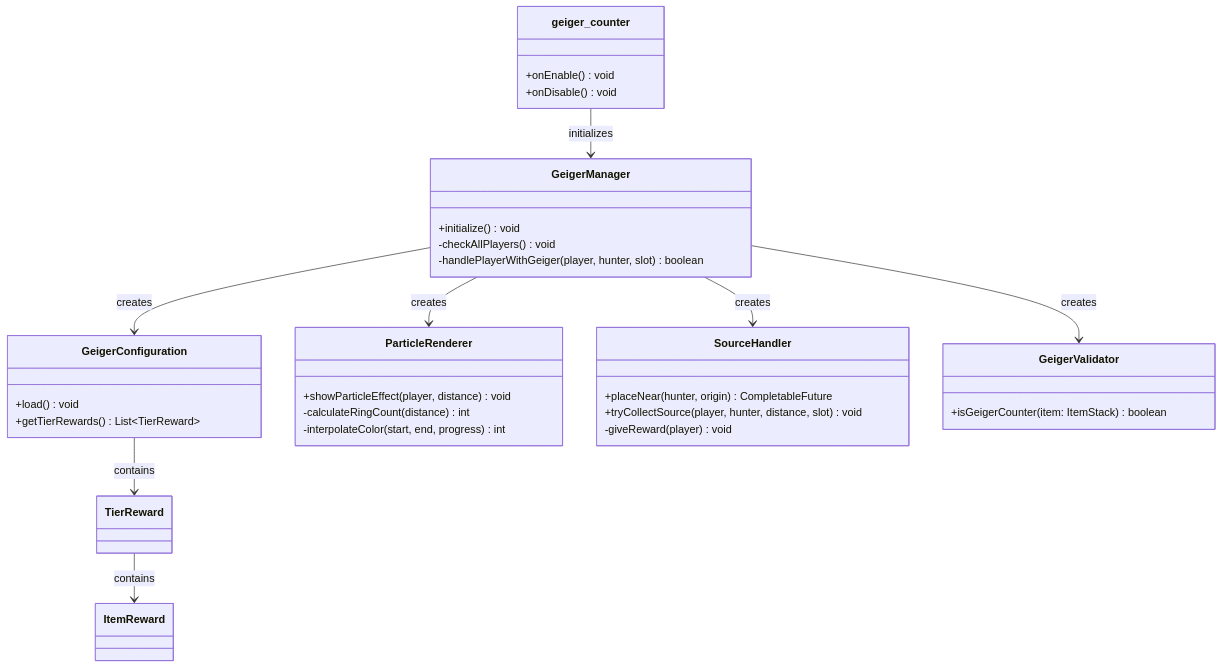
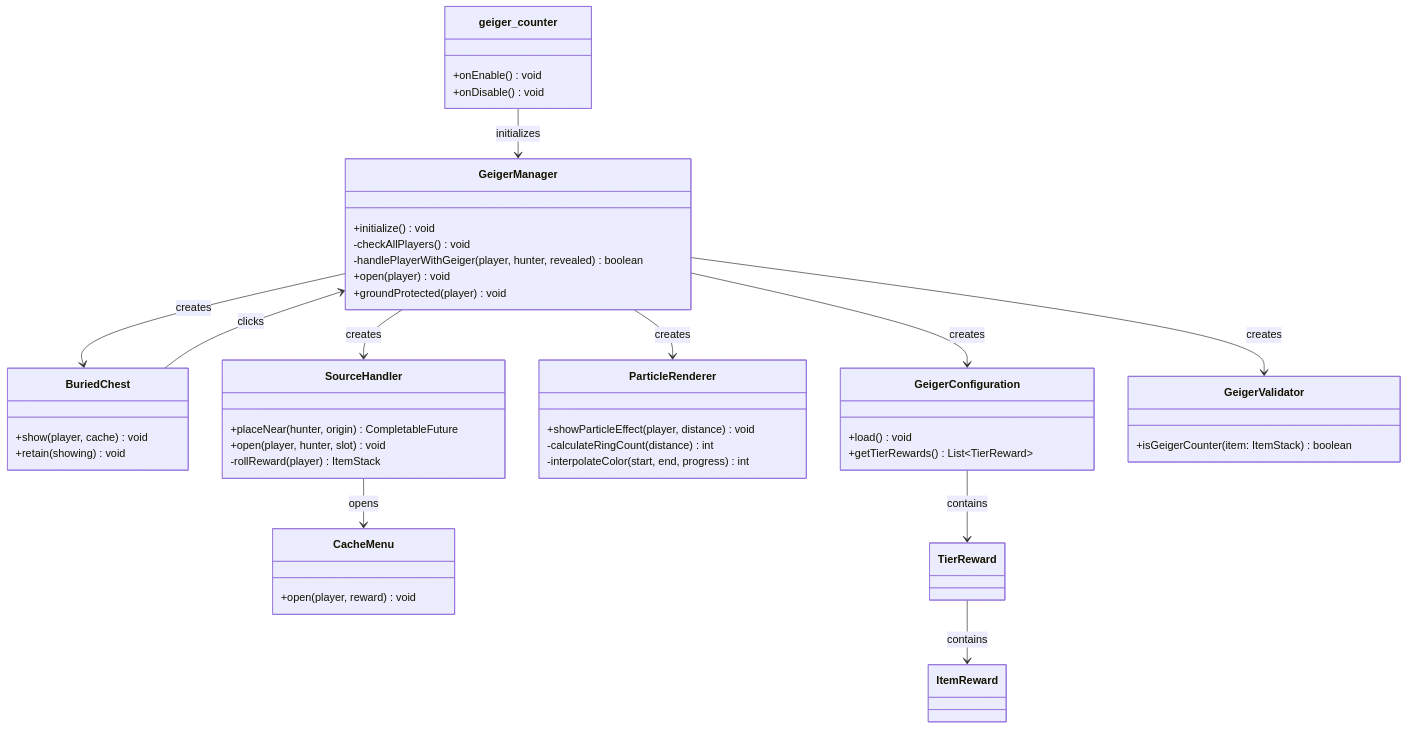
Before and after one commit to TF-Minecraft/Docs: the diagram in projects/GeigerCounters/overview.md, drawn with Mermaid. The commit also changed other lines of this file and 1 other file, not shown here.

First line of the commit message:
docs: GeigerCounters buried caches (#267)

````diff
--- a/projects/GeigerCounters/overview.md
+++ b/projects/GeigerCounters/overview.md
@@ -107,42 +123,56 @@
 ```mermaid
 classDiagram
     class geiger_counter {
         +onEnable() void
         +onDisable() void
     }
 
     class GeigerManager {
         +initialize() void
         -checkAllPlayers() void
-        -handlePlayerWithGeiger(player, hunter, slot) boolean
+        -handlePlayerWithGeiger(player, hunter, revealed) boolean
+        +open(player) void
+        +groundProtected(player) void
+    }
+
+    class BuriedChest {
+        +show(player, cache) void
+        +retain(showing) void
+    }
+
+    class CacheMenu {
+        +open(player, reward) void
     }
 
     class GeigerConfiguration {
         +load() void
         +getTierRewards() List~TierReward~
     }
 
     class ParticleRenderer {
         +showParticleEffect(player, distance) void
         -calculateRingCount(distance) int
         -interpolateColor(start, end, progress) int
     }
 
     class SourceHandler {
         +placeNear(hunter, origin) CompletableFuture
-        +tryCollectSource(player, hunter, distance, slot) void
-        -giveReward(player) void
+        +open(player, hunter, slot) void
+        -rollReward(player) ItemStack
     }
 
     class GeigerValidator {
         +isGeigerCounter(item: ItemStack) boolean
     }
 
     geiger_counter --> GeigerManager : initializes
     GeigerManager --> GeigerConfiguration : creates
     GeigerManager --> GeigerValidator : creates
     GeigerManager --> ParticleRenderer : creates
     GeigerManager --> SourceHandler : creates
+    GeigerManager --> BuriedChest : creates
+    BuriedChest --> GeigerManager : clicks
+    SourceHandler --> CacheMenu : opens
     GeigerConfiguration --> TierReward : contains
     TierReward --> ItemReward : contains
 ```
````
